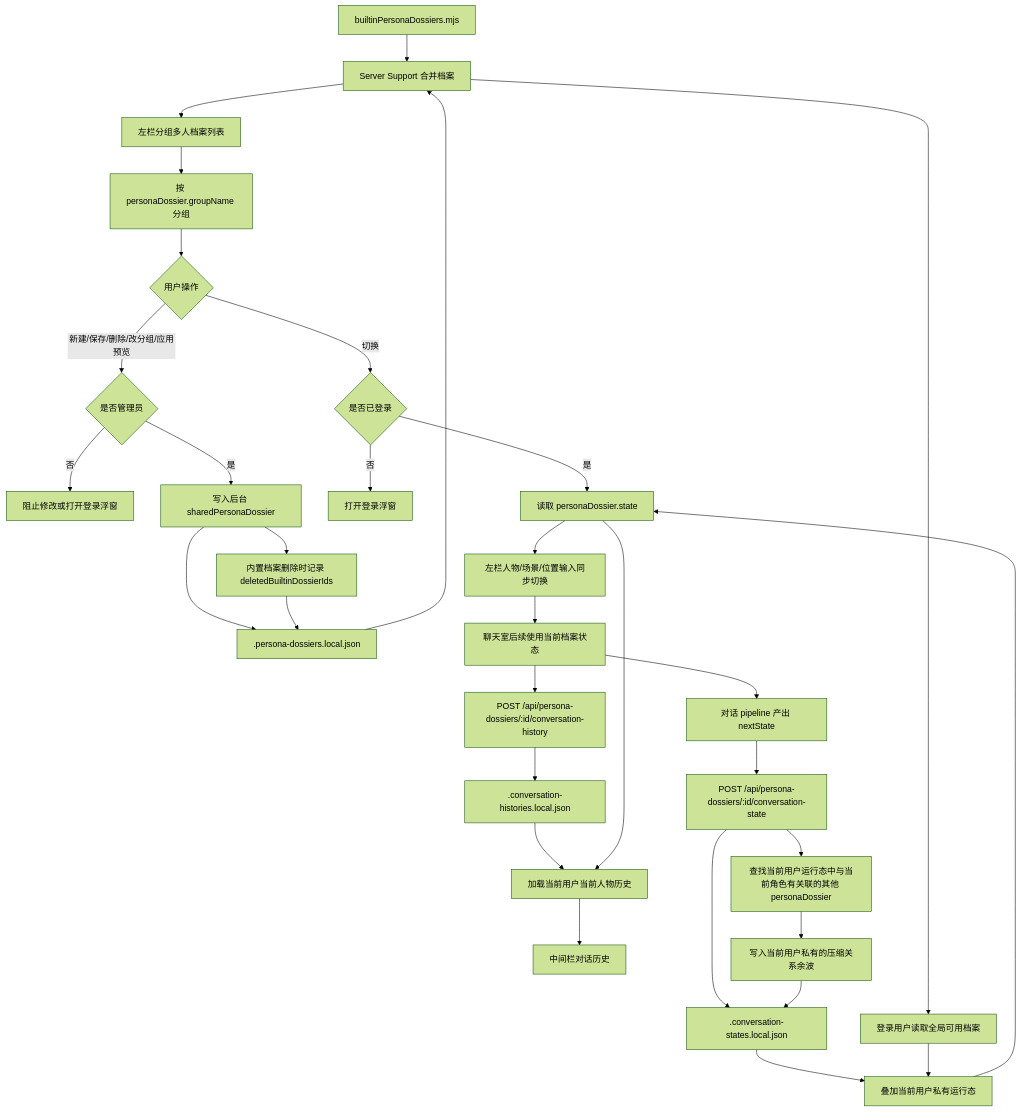
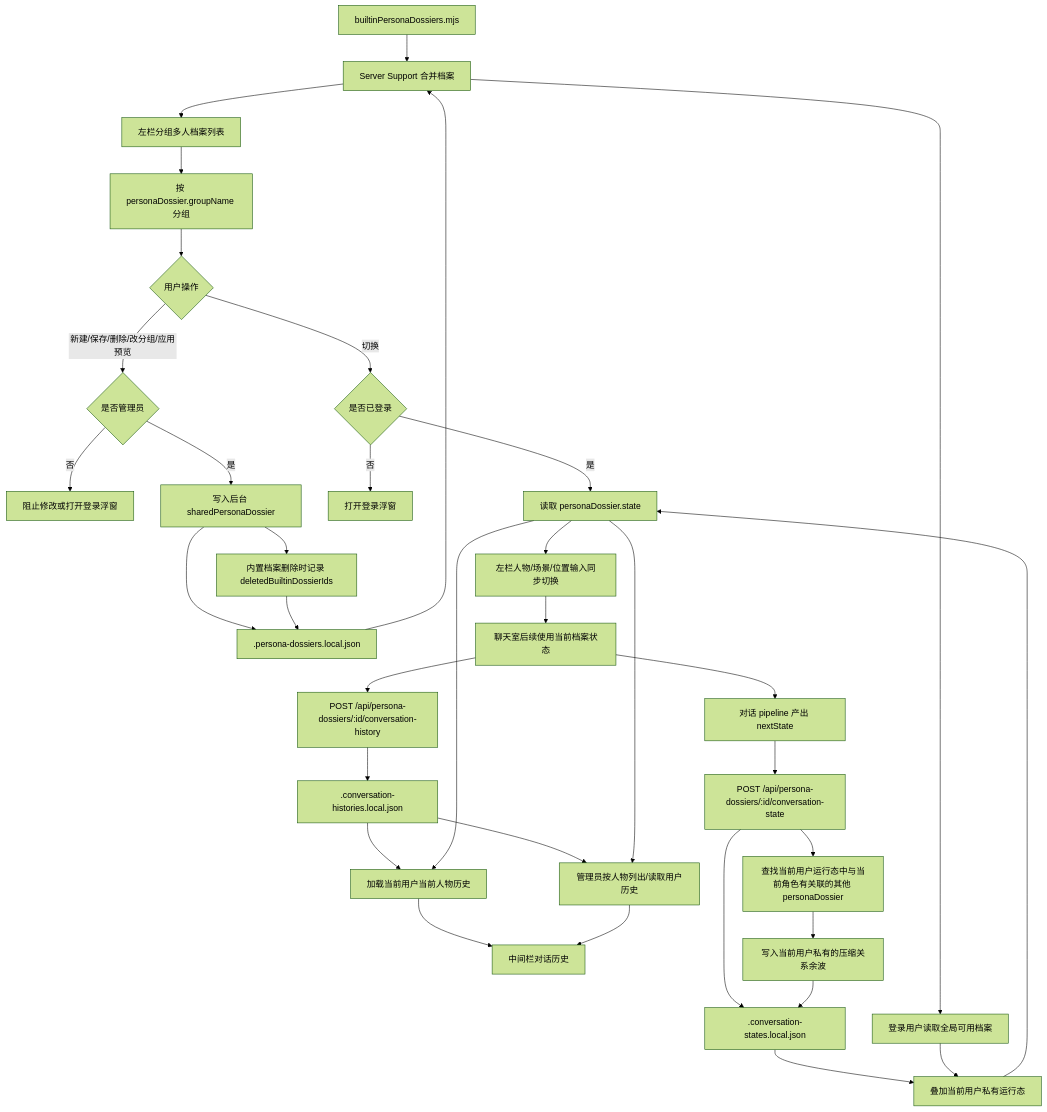
One commit to ttmanthatman/virtual-human-flow changed the ninth of 31 diagrams in docs/SYSTEM_FLOW.md. Above: the diagram before and after it, drawn with Mermaid (forest theme). The commit also changed other lines of this file and 10 other files, not shown here.

````diff
--- a/docs/SYSTEM_FLOW.md
+++ b/docs/SYSTEM_FLOW.md
@@ -217,34 +217,37 @@
 ```mermaid
 flowchart TD
     BUILTIN[builtinPersonaDossiers.mjs] --> MERGE[Server Support 合并档案]
     STORE[.persona-dossiers.local.json] --> MERGE
     MERGE --> A[左栏分组多人档案列表]
     A --> GROUP[按 personaDossier.groupName 分组]
     GROUP --> B{用户操作}
     B -- 新建/保存/删除/改分组/应用预览 --> ADMIN{是否管理员}
     ADMIN -- 否 --> BLOCK[阻止修改或打开登录浮窗]
     ADMIN -- 是 --> C[写入后台 sharedPersonaDossier]
     B -- 切换 --> LOGIN{是否已登录}
     LOGIN -- 否 --> POP[打开登录浮窗]
     LOGIN -- 是 --> D[读取 personaDossier.state]
     C --> STORE
     C --> TOMBSTONE[内置档案删除时记录 deletedBuiltinDossierIds]
     TOMBSTONE --> STORE
     USERSTORE[.conversation-states.local.json] --> OVERLAY[叠加当前用户私有运行态]
     HISTSTORE[.conversation-histories.local.json] --> CHATLOAD[加载当前用户当前人物历史]
+    HISTSTORE --> ADMINHIST[管理员按人物列出/读取用户历史]
     MERGE --> READ[登录用户读取全局可用档案]
     READ --> OVERLAY
     OVERLAY --> D
     D --> H[左栏人物/场景/位置输入同步切换]
     D --> CHATLOAD
+    D --> ADMINHIST
     CHATLOAD --> CHATUI[中间栏对话历史]
+    ADMINHIST --> CHATUI
     H --> I[聊天室后续使用当前档案状态]
     I --> J[对话 pipeline 产出 nextState]
     I --> SAVEHIST[POST /api/persona-dossiers/:id/conversation-history]
     SAVEHIST --> HISTSTORE
     J --> K[POST /api/persona-dossiers/:id/conversation-state]
     K --> USERSTORE
     K --> R[查找当前用户运行态中与当前角色有关联的其他 personaDossier]
     R --> N[写入当前用户私有的压缩关系余波]
     N --> USERSTORE
 ```
````
